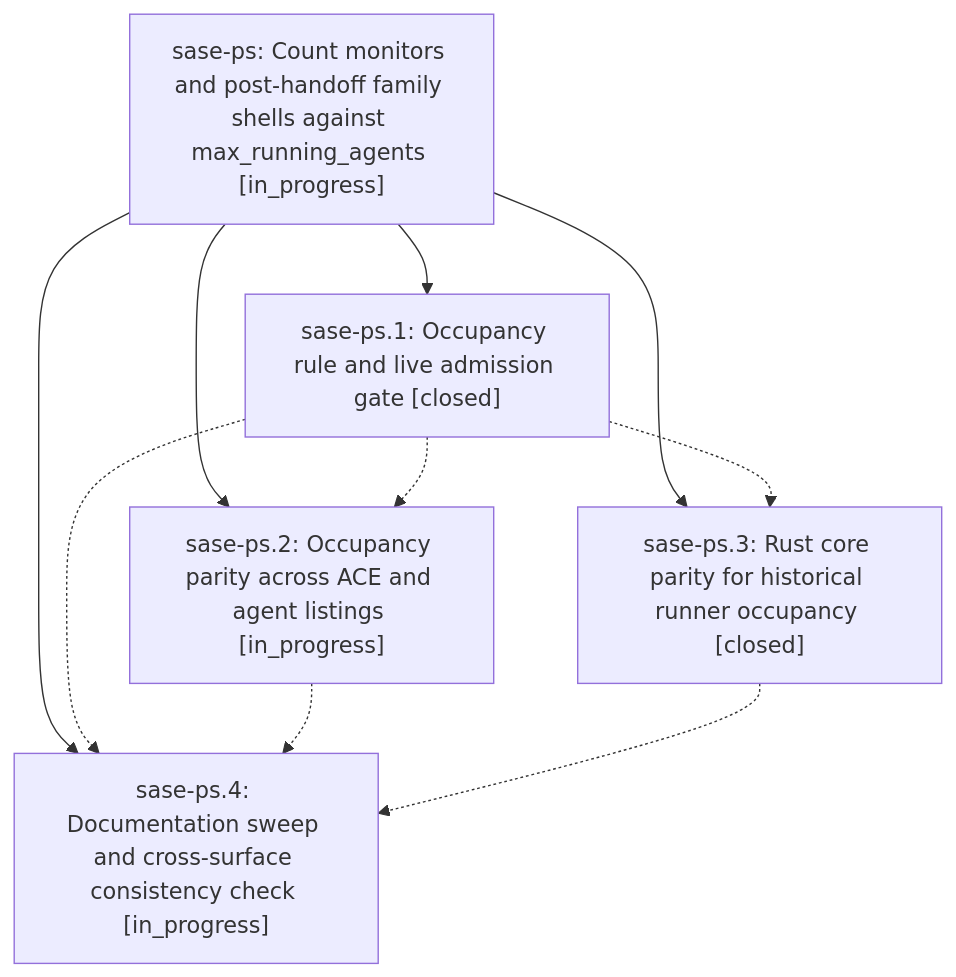
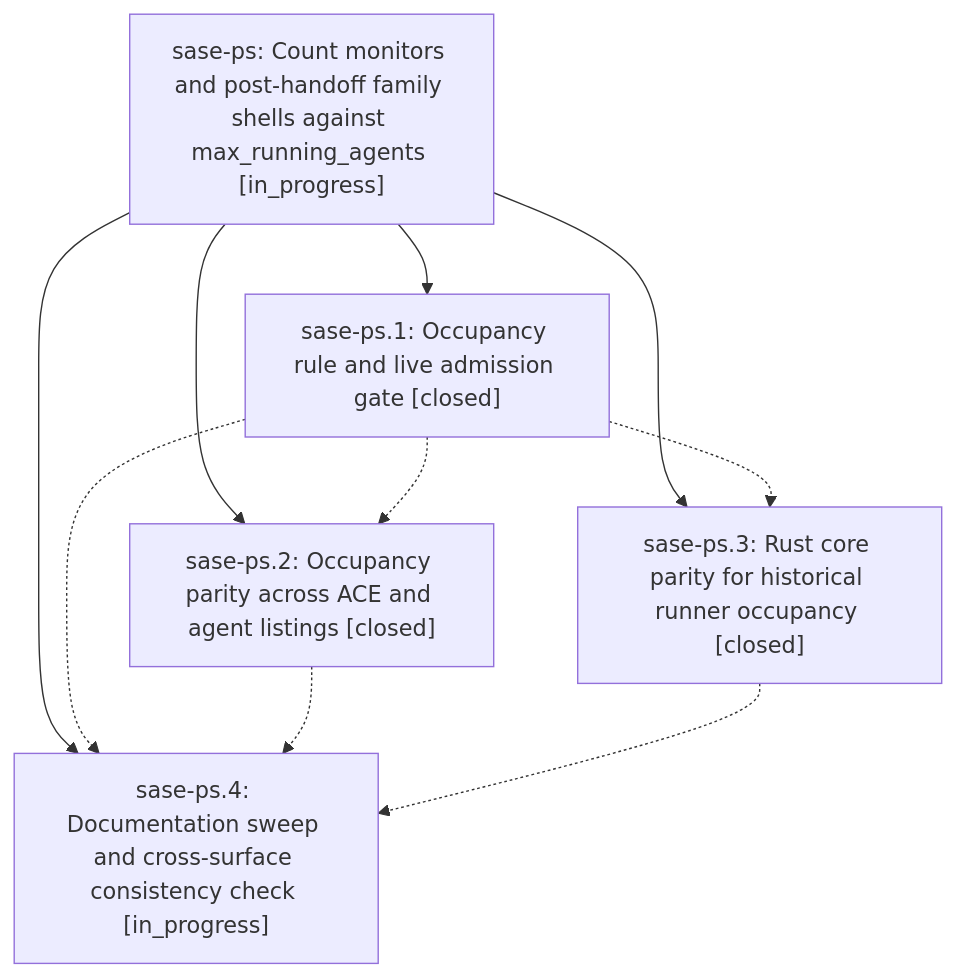
Before and after one commit to sase-org/sase--beads: the diagram in pages/sase-ps/README.md, drawn with Mermaid. The commit also changed other lines of this file and 3 other files, not shown here.

````diff
--- a/pages/sase-ps/README.md
+++ b/pages/sase-ps/README.md
@@ -25,17 +25,17 @@
 ```mermaid
 flowchart TD
     n0["sase-ps: Count monitors and post-handoff family shells against max_running_agents [in_progress]"]
     n1["sase-ps.1: Occupancy rule and live admission gate [closed]"]
-    n2["sase-ps.2: Occupancy parity across ACE and agent listings [in_progress]"]
+    n2["sase-ps.2: Occupancy parity across ACE and agent listings [closed]"]
     n3["sase-ps.3: Rust core parity for historical runner occupancy [closed]"]
     n4["sase-ps.4: Documentation sweep and cross-surface consistency check [in_progress]"]
     n0 --> n1
     n0 --> n2
     n0 --> n3
     n0 --> n4
     n1 -.-> n2
     n1 -.-> n3
     n1 -.-> n4
     n2 -.-> n4
     n3 -.-> n4
 ```
````
